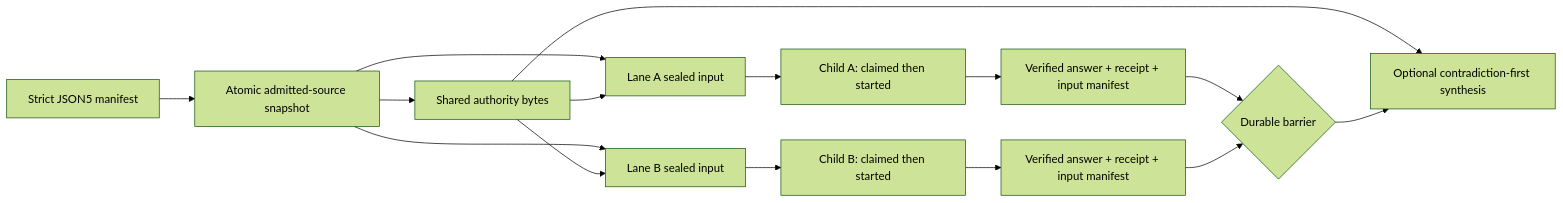
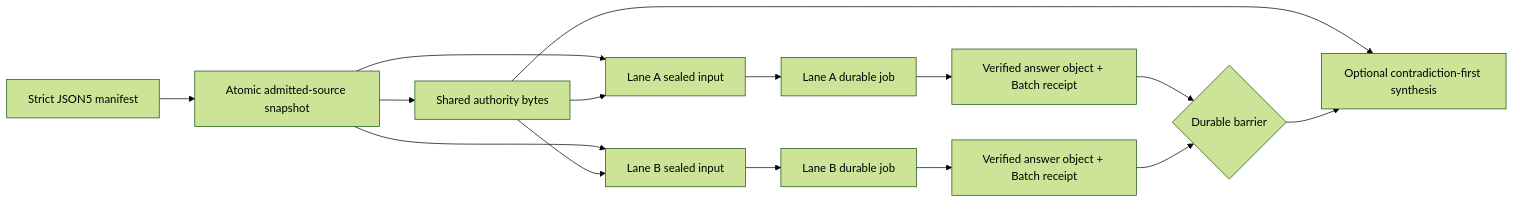
One commit to BaochaiXue/oracle changed the diagram in docs/batch-oracle.md. Above: the diagram before and after it, drawn with Mermaid (forest theme). The commit also changed other lines of this file and 29 other files, not shown here.

Commit message:
cut Batch Oracle over to durable jobs

````diff
--- a/docs/batch-oracle.md
+++ b/docs/batch-oracle.md
@@ -22,17 +24,17 @@
 ```mermaid
 flowchart LR
   M[Strict JSON5 manifest] --> S[Atomic admitted-source snapshot]
   S --> A[Shared authority bytes]
   S --> LA[Lane A sealed input]
   S --> LB[Lane B sealed input]
   A --> LA
   A --> LB
-  LA --> CA[Child A: claimed then started]
-  LB --> CB[Child B: claimed then started]
-  CA --> VA[Verified answer + receipt + input manifest]
-  CB --> VB[Verified answer + receipt + input manifest]
+  LA --> CA[Lane A durable job]
+  LB --> CB[Lane B durable job]
+  CA --> VA[Verified answer object + Batch receipt]
+  CB --> VB[Verified answer object + Batch receipt]
   VA --> B{Durable barrier}
   VB --> B
   A --> Y[Optional contradiction-first synthesis]
   B --> Y
 ```
````
